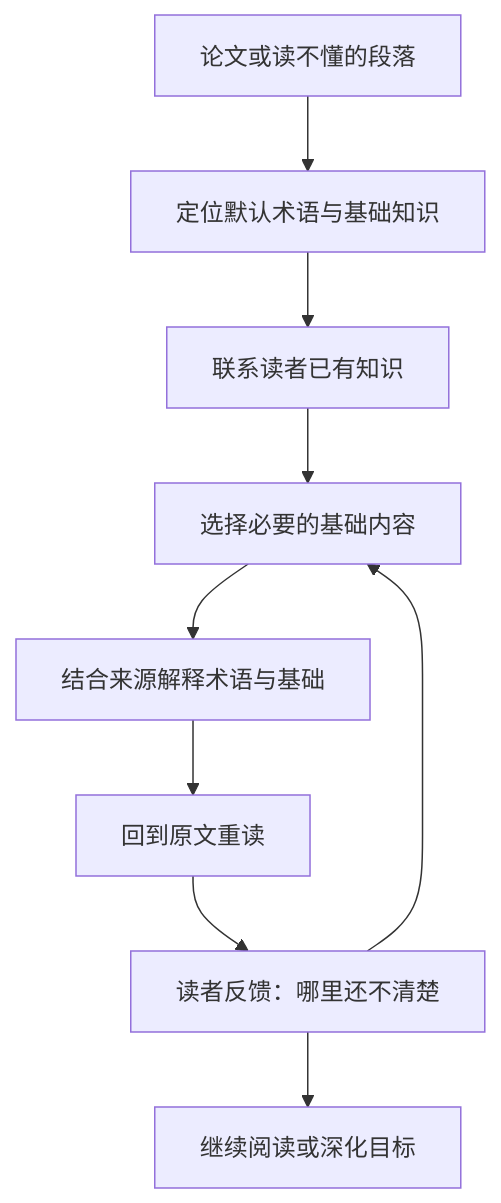
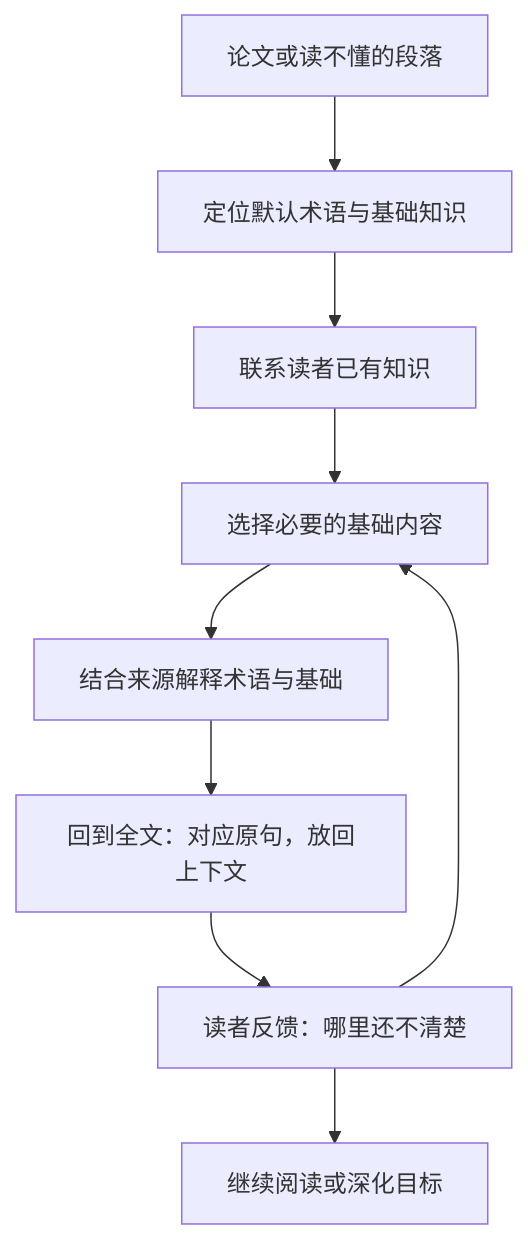
Before and after one commit to relativity143/an-agent-for-paper-reading: the diagram in README.zh-CN.md, drawn with Mermaid. The commit also changed other lines of this file and 1 other file, not shown here.

````diff
--- a/README.zh-CN.md
+++ b/README.zh-CN.md
@@ -64,11 +65,11 @@
 ```mermaid
 flowchart TD
     A[论文或读不懂的段落] --> B[定位默认术语与基础知识]
     B --> C[联系读者已有知识]
     C --> D[选择必要的基础内容]
     D --> E[结合来源解释术语与基础]
-    E --> F[回到原文重读]
+    E --> F[回到全文：对应原句，放回上下文]
     F --> G[读者反馈：哪里还不清楚]
     G --> D
     G --> H[继续阅读或深化目标]
 ```
````
